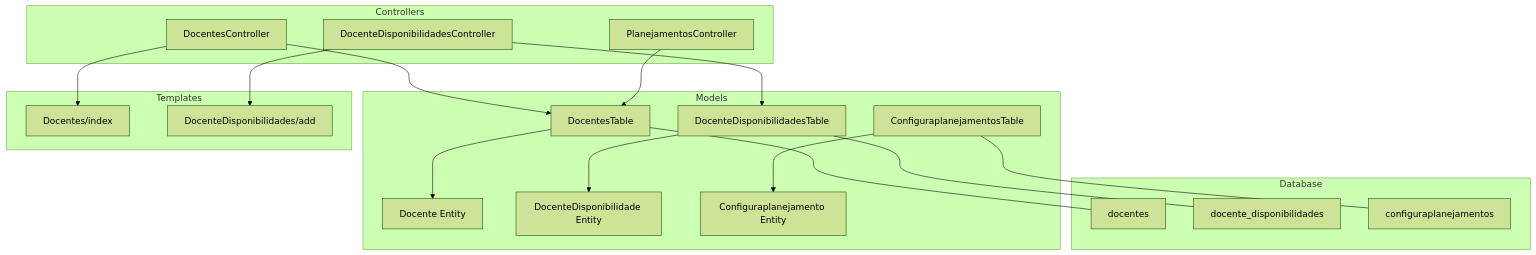
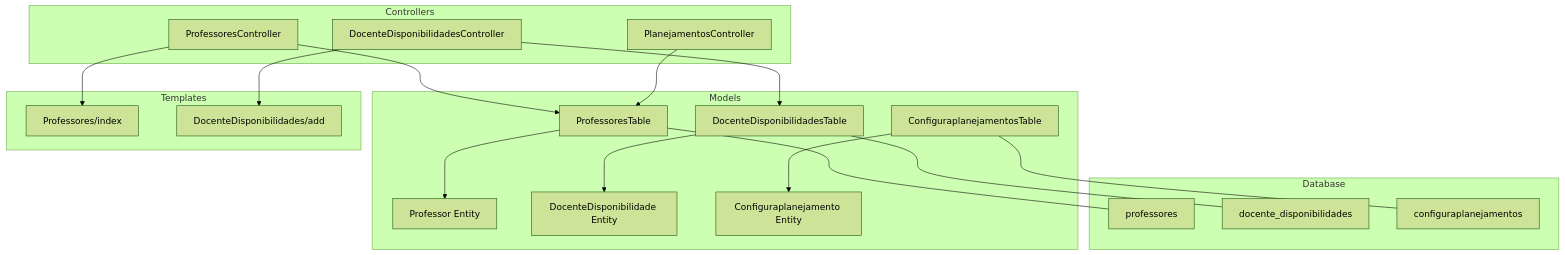
One commit to luiseduacosta/planejamento5 changed the first of 6 diagrams in .qoder/repowiki/en/content/Core Features/Faculty Management/Faculty Management.md. Above: the diagram before and after it, drawn with Mermaid (forest theme). The commit also changed other lines of this file and 37 other files, not shown here.

Commit message:
repowiki: rename Docentes → Professores in metadata

````diff
--- a/.qoder/repowiki/en/content/Core Features/Faculty Management/Faculty Management.md
+++ b/.qoder/repowiki/en/content/Core Features/Faculty Management/Faculty Management.md
@@ -49,36 +49,36 @@
 ```mermaid
 graph TB
 subgraph "Controllers"
-DC["DocentesController"]
+DC["ProfessoresController"]
 DDC["DocenteDisponibilidadesController"]
 PC["PlanejamentosController"]
 end
 subgraph "Models"
-DT["DocentesTable"]
+DT["ProfessoresTable"]
 DDT["DocenteDisponibilidadesTable"]
 CT["ConfiguraplanejamentosTable"]
-DE["Docente Entity"]
+DE["Professor Entity"]
 DDE["DocenteDisponibilidade Entity"]
 CE["Configuraplanejamento Entity"]
 end
 subgraph "Database"
-T1["docentes"]
+T1["professores"]
 T2["docente_disponibilidades"]
 T3["configuraplanejamentos"]
 end
 subgraph "Templates"
-V1["Docentes/index"]
+V1["Professores/index"]
 V2["DocenteDisponibilidades/add"]
 end
 DC --> DT
 DDC --> DDT
 PC --> DT
 DT --> DE
 DDT --> DDE
 CT --> CE
 DT --- T1
 DDT --- T2
 CT --- T3
 DC --> V1
 DDC --> V2
 ```
````
